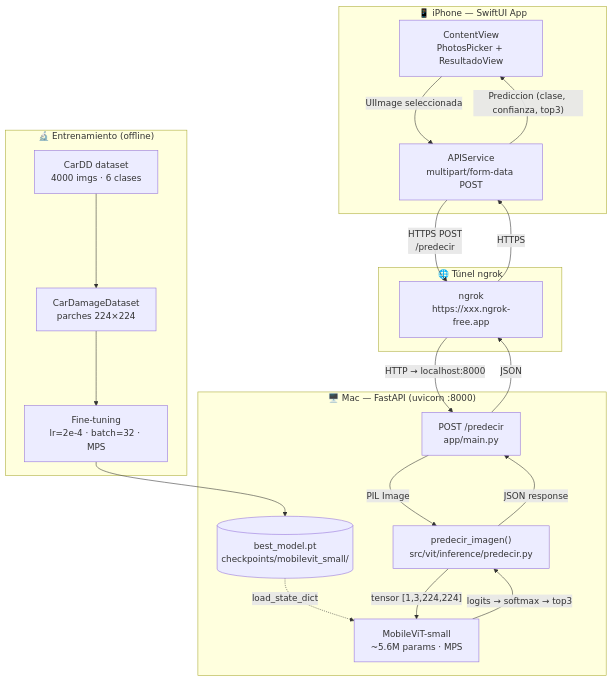
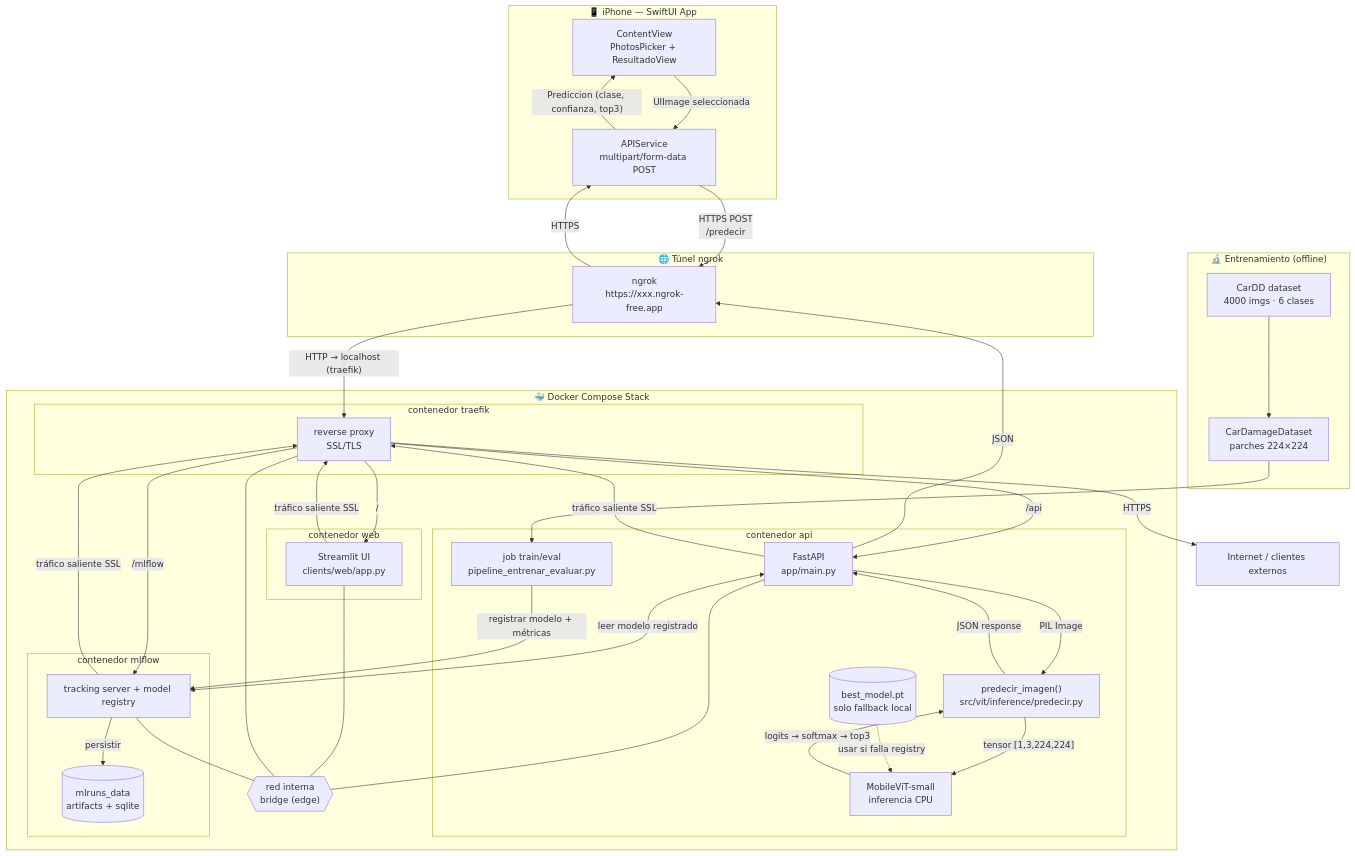
The first of 3 diagrams in README.md (matiastripode/car-damage-vit), drawn with Mermaid before and after one commit. The commit also changed other lines of this file, not shown here.

````diff
--- a/README.md
+++ b/README.md
@@ -9,37 +9,75 @@
 ```mermaid
 graph TB
     subgraph iPhone["📱 iPhone — SwiftUI App"]
         UI["ContentView\nPhotosPicker + ResultadoView"]
         SVC["APIService\nmultipart/form-data POST"]
         UI -->|"UIImage seleccionada"| SVC
         SVC -->|"Prediccion (clase, confianza, top3)"| UI
     end
 
     subgraph Tunnel["🌐 Túnel ngrok"]
         NG["ngrok\nhttps://xxx.ngrok-free.app"]
     end
 
-    subgraph Backend["🖥️ Mac — FastAPI (uvicorn :8000)"]
-        EP["POST /predecir\napp/main.py"]
-        INF["predecir_imagen()\nsrc/vit/inference/predecir.py"]
-        MDL["MobileViT-small\n~5.6M params · MPS"]
-        CKPT[("best_model.pt\ncheckpoints/mobilevit_small/")]
-        EP -->|"PIL Image"| INF
+    subgraph Backend["🐳 Docker Compose Stack"]
+        NET{{"red interna\nbridge (edge)"}}
+
+        subgraph C_TRF["contenedor traefik"]
+            TRF["reverse proxy\nSSL/TLS"]
+        end
+
+        subgraph C_WEB["contenedor web"]
+            WEB["Streamlit UI\nclients/web/app.py"]
+        end
+
+        subgraph C_API["contenedor api"]
+            API["FastAPI\napp/main.py"]
+            INF["predecir_imagen()\nsrc/vit/inference/predecir.py"]
+            MDL["MobileViT-small\ninferencia CPU"]
+            CKPT[("best_model.pt\nsolo fallback local")]
+            TRN["job train/eval\npipeline_entrenar_evaluar.py"]
+        end
+
+        subgraph C_MLF["contenedor mlflow"]
+            MLF["tracking server + model registry"]
+            VOL[("mlruns_data\nartifacts + sqlite")]
+        end
+
+        WEB --- NET
+        API --- NET
+        MLF --- NET
+        TRF --- NET
+
+        TRF -->|"/"| WEB
+        TRF -->|"/api"| API
+        TRF -->|"/mlflow"| MLF
+
+        API -->|"PIL Image"| INF
         INF -->|"tensor [1,3,224,224]"| MDL
-        CKPT -.->|"load_state_dict"| MDL
+        CKPT -.->|"usar si falla registry"| MDL
         MDL -->|"logits → softmax → top3"| INF
-        INF -->|"JSON response"| EP
+        INF -->|"JSON response"| API
+
+        API <-->|"leer modelo registrado"| MLF
+        TRN -->|"registrar modelo + métricas"| MLF
+        MLF -->|"persistir"| VOL
     end
 
     subgraph Training["🔬 Entrenamiento (offline)"]
         DS["CarDD dataset\n4000 imgs · 6 clases"]
         PATCH["CarDamageDataset\nparches 224×224"]
-        TR["Fine-tuning\nlr=2e-4 · batch=32 · MPS"]
-        DS --> PATCH --> TR --> CKPT
+        DS --> PATCH --> TRN
     end
 
+    EXT["Internet / clientes externos"]
+
     SVC -->|"HTTPS POST\n/predecir"| NG
-    NG -->|"HTTP → localhost:8000"| EP
-    EP -->|"JSON"| NG
+    NG -->|"HTTP → localhost (traefik)"| TRF
+    API -->|"JSON"| NG
     NG -->|"HTTPS"| SVC
+
+    WEB -->|"tráfico saliente SSL"| TRF
+    API -->|"tráfico saliente SSL"| TRF
+    MLF -->|"tráfico saliente SSL"| TRF
+    TRF -->|"HTTPS"| EXT
 ```
````
